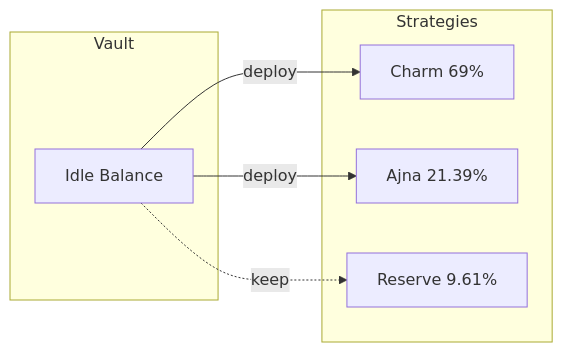
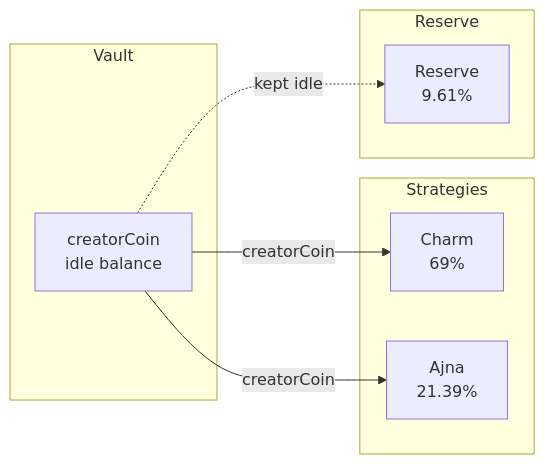
One commit to 4626fun/4626 changed the diagram in docs/contracts/strategies/index.md. Above: the diagram before and after it, drawn with Mermaid. The commit also changed other lines of this file and 2 other files, not shown here.

First line of the commit message:
docs: fix asset flow diagrams - strategies receive creatorCoin only

````diff
--- a/docs/contracts/strategies/index.md
+++ b/docs/contracts/strategies/index.md
@@ -71,16 +57,19 @@
 ```mermaid
 flowchart LR
     subgraph Vault
-        Idle[Idle Balance]
+        C[creatorCoin<br/>idle balance]
     end
     
     subgraph Strategies
-        S1[Charm 69%]
-        S2[Ajna 21.39%]
-        S3[Reserve 9.61%]
+        S1[Charm<br/>69%]
+        S2[Ajna<br/>21.39%]
     end
     
-    Idle -->|deploy| S1
-    Idle -->|deploy| S2
-    Idle -.->|keep| S3
+    subgraph Reserve
+        R[Reserve<br/>9.61%]
+    end
+    
+    C -->|creatorCoin| S1
+    C -->|creatorCoin| S2
+    C -.->|kept idle| R
 ```
````
